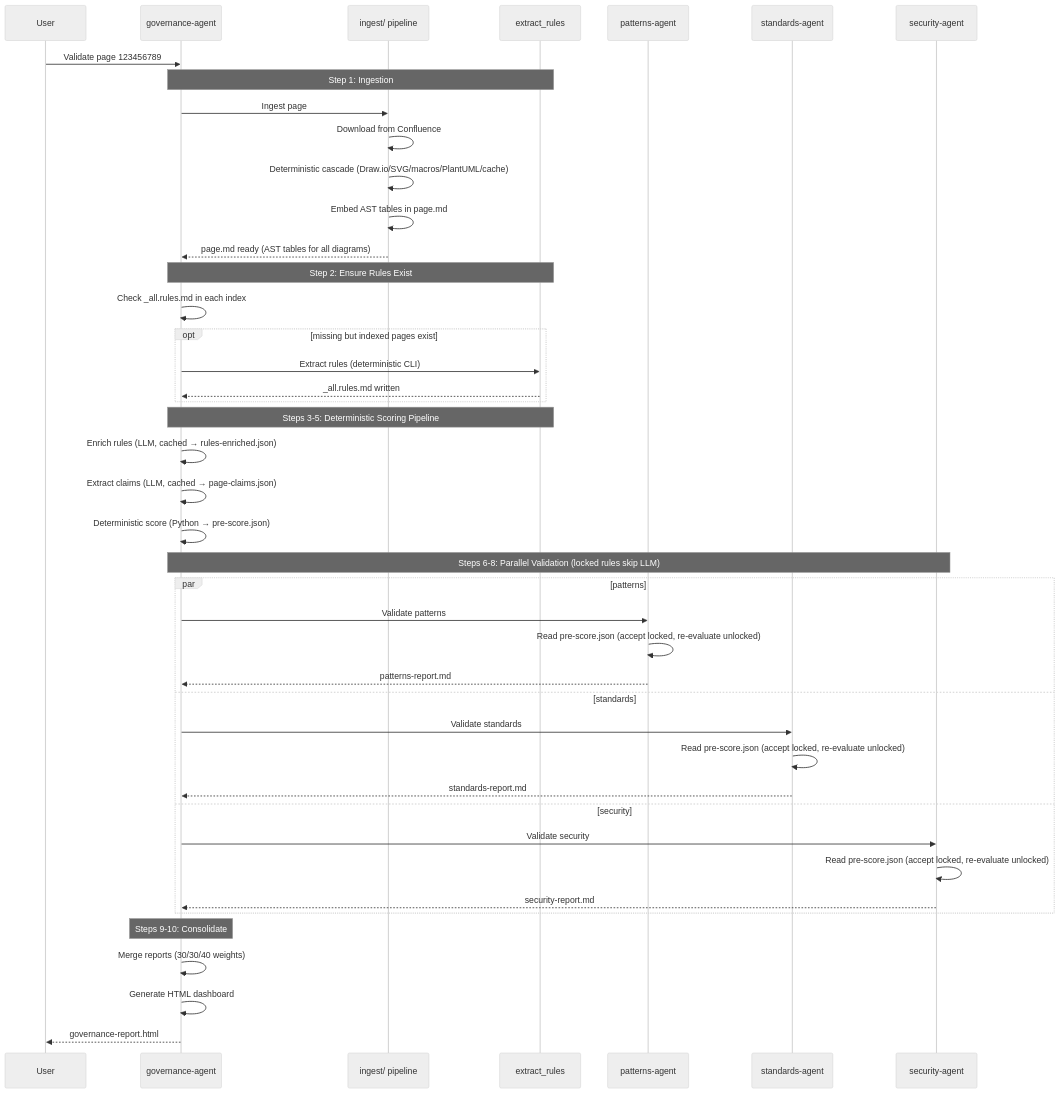
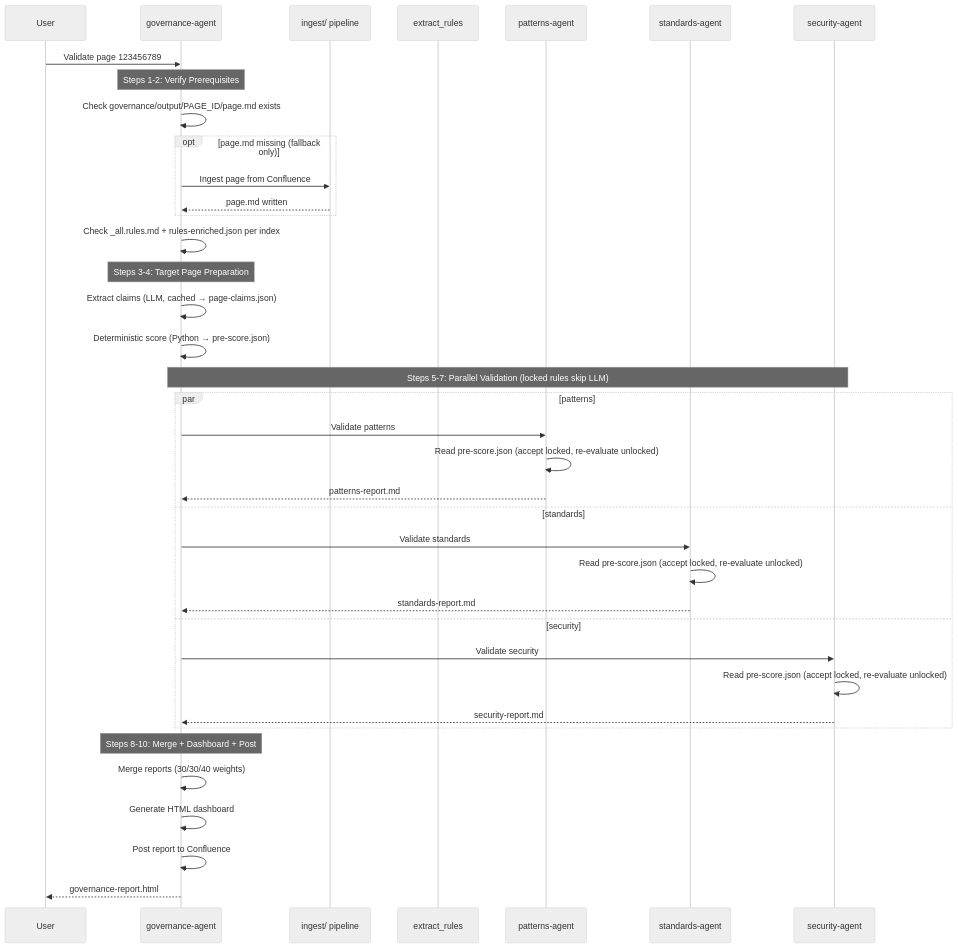
The fourth of 5 diagrams in README.md (byrash/architecture-governance), drawn with Mermaid (neutral theme) before and after one commit. The commit also changed other lines of this file and 13 other files, not shown here.

````diff
--- a/README.md
+++ b/README.md
@@ -365,51 +394,45 @@
 ```mermaid
 sequenceDiagram
     participant User
     participant GA as governance-agent
     participant IA as ingest/ pipeline
     participant RE as extract_rules
     participant PA as patterns-agent
     participant SA as standards-agent
     participant SEA as security-agent
 
     User->>GA: Validate page 123456789
     
-    Note over GA,RE: Step 1: Ingestion
-    GA->>IA: Ingest page
-    IA->>IA: Download from Confluence
-    IA->>IA: Deterministic cascade (Draw.io/SVG/macros/PlantUML/cache)
-    IA->>IA: Embed AST tables in page.md
-    IA-->>GA: page.md ready (AST tables for all diagrams)
+    Note over GA: Steps 1-2: Verify Prerequisites
+    GA->>GA: Check governance/output/PAGE_ID/page.md exists
+    opt page.md missing (fallback only)
+        GA->>IA: Ingest page from Confluence
+        IA-->>GA: page.md written
+    end
+    GA->>GA: Check _all.rules.md + rules-enriched.json per index
 
-    Note over GA,RE: Step 2: Ensure Rules Exist
-    GA->>GA: Check _all.rules.md in each index
-    opt missing but indexed pages exist
-        GA->>RE: Extract rules (deterministic CLI)
-        RE-->>GA: _all.rules.md written
-    end
-
-    Note over GA,RE: Steps 3-5: Deterministic Scoring Pipeline
-    GA->>GA: Enrich rules (LLM, cached → rules-enriched.json)
+    Note over GA: Steps 3-4: Target Page Preparation
     GA->>GA: Extract claims (LLM, cached → page-claims.json)
     GA->>GA: Deterministic score (Python → pre-score.json)
 
-    Note over GA,SEA: Steps 6-8: Parallel Validation (locked rules skip LLM)
+    Note over GA,SEA: Steps 5-7: Parallel Validation (locked rules skip LLM)
     par patterns
         GA->>PA: Validate patterns
         PA->>PA: Read pre-score.json (accept locked, re-evaluate unlocked)
         PA-->>GA: patterns-report.md
     and standards
         GA->>SA: Validate standards
         SA->>SA: Read pre-score.json (accept locked, re-evaluate unlocked)
         SA-->>GA: standards-report.md
     and security
         GA->>SEA: Validate security
         SEA->>SEA: Read pre-score.json (accept locked, re-evaluate unlocked)
         SEA-->>GA: security-report.md
     end
 
-    Note over GA: Steps 9-10: Consolidate
+    Note over GA: Steps 8-10: Merge + Dashboard + Post
     GA->>GA: Merge reports (30/30/40 weights)
     GA->>GA: Generate HTML dashboard
+    GA->>GA: Post report to Confluence
     GA-->>User: governance-report.html
 ```
````
